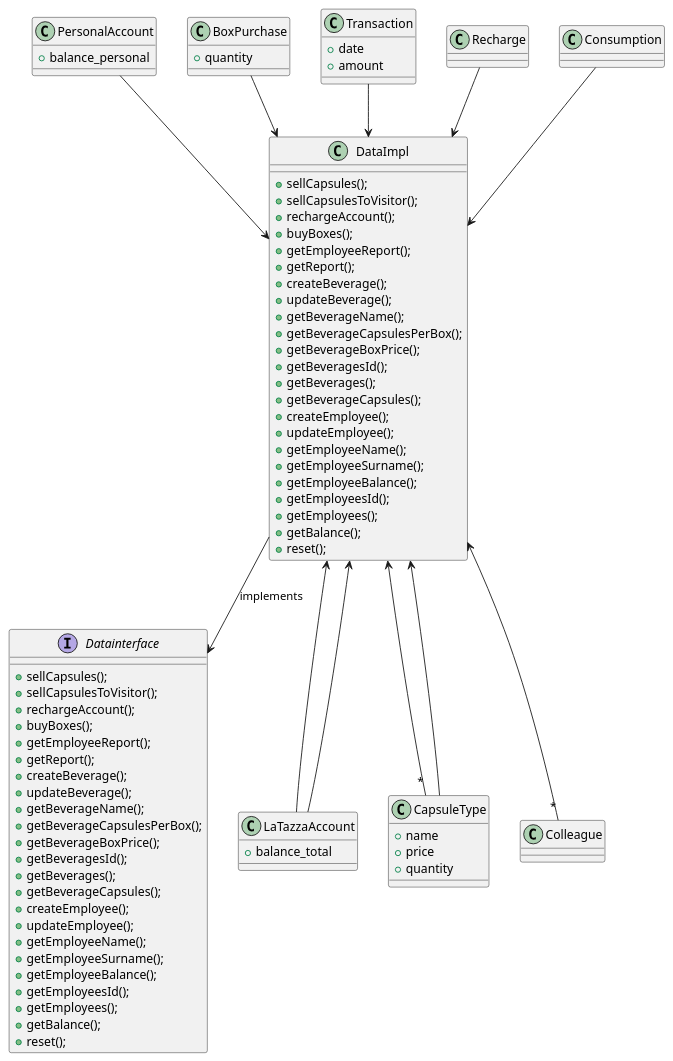
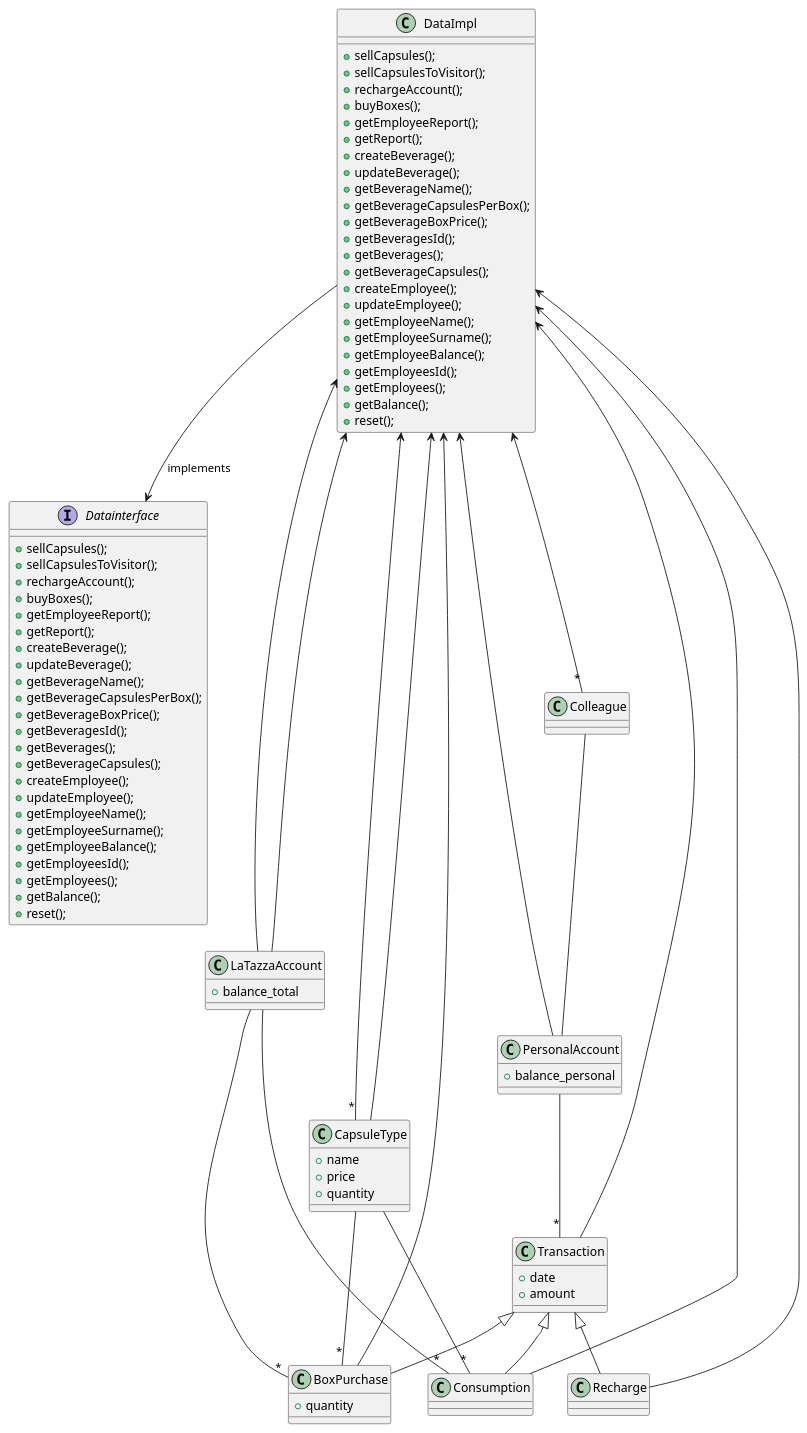
One commit to salvatore-dimartino/LaTazza changed the third of 7 diagrams in templates/DesignDocumentTemplate.md. Above: the diagram before and after it, drawn with PlantUML.

```diff
--- a/templates/DesignDocumentTemplate.md
+++ b/templates/DesignDocumentTemplate.md
@@ -161,6 +161,19 @@
 DataImpl <-- "*" CapsuleType
 DataImpl <-- LaTazzaAccount
 
+LaTazzaAccount -- "*" BoxPurchase
+LaTazzaAccount -- "*" Consumption
+
+CapsuleType -- "*" Consumption
+CapsuleType -- "*" BoxPurchase
+
+Colleague -- PersonalAccount
+PersonalAccount -- "*" Transaction
+
+Transaction <|-- Recharge
+Transaction <|-- Consumption
+Transaction <|-- BoxPurchase
+
 Transaction --> DataImpl
 
 class Recharge
```
